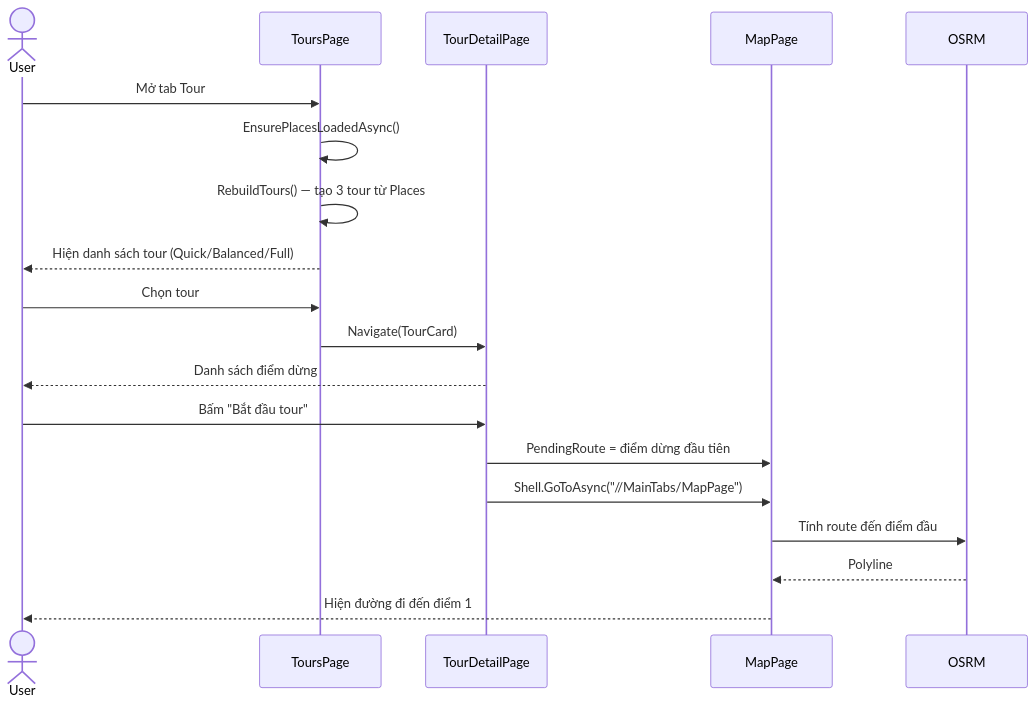
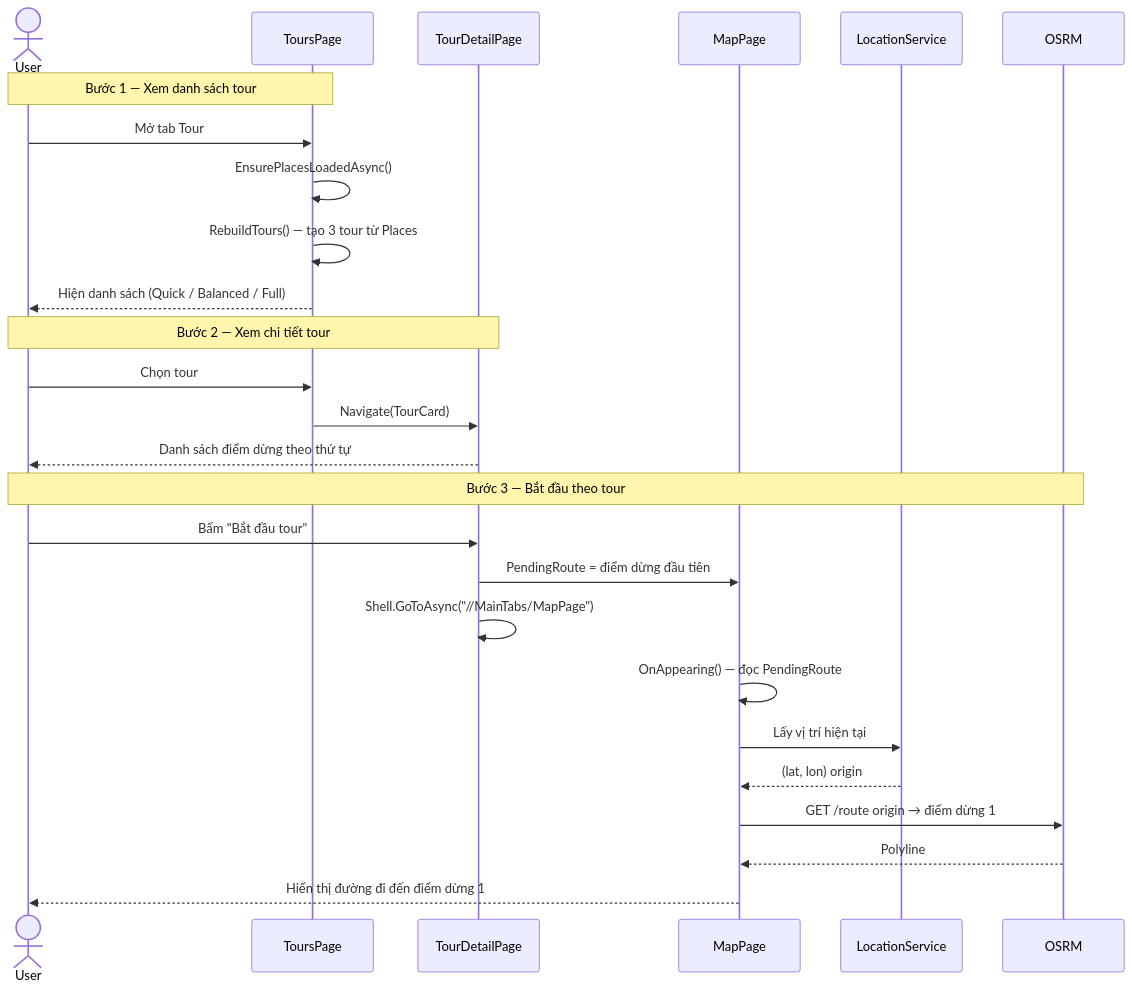
The tenth of 21 diagrams in PRD.md (MTai55/TourguideProjectApp), drawn with Mermaid before and after one commit. The commit also changed other lines of this file, not shown here.

Commit message:
diagrams

````diff
--- a/PRD.md
+++ b/PRD.md
@@ -1241,24 +1229,31 @@
 ```mermaid
 sequenceDiagram
     actor User
     participant ToursPage
     participant TourDetailPage
     participant MapPage
+    participant LocationService
     participant OSRM
 
+    Note over User,ToursPage: Bước 1 — Xem danh sách tour
     User->>ToursPage: Mở tab Tour
     ToursPage->>ToursPage: EnsurePlacesLoadedAsync()
     ToursPage->>ToursPage: RebuildTours() — tạo 3 tour từ Places
-    ToursPage-->>User: Hiện danh sách tour (Quick/Balanced/Full)
+    ToursPage-->>User: Hiện danh sách (Quick / Balanced / Full)
 
+    Note over User,TourDetailPage: Bước 2 — Xem chi tiết tour
     User->>ToursPage: Chọn tour
     ToursPage->>TourDetailPage: Navigate(TourCard)
-    TourDetailPage-->>User: Danh sách điểm dừng
+    TourDetailPage-->>User: Danh sách điểm dừng theo thứ tự
 
+    Note over User,OSRM: Bước 3 — Bắt đầu theo tour
     User->>TourDetailPage: Bấm "Bắt đầu tour"
     TourDetailPage->>MapPage: PendingRoute = điểm dừng đầu tiên
-    TourDetailPage->>MapPage: Shell.GoToAsync("//MainTabs/MapPage")
-    MapPage->>OSRM: Tính route đến điểm đầu
+    TourDetailPage->>TourDetailPage: Shell.GoToAsync("//MainTabs/MapPage")
+    MapPage->>MapPage: OnAppearing() — đọc PendingRoute
+    MapPage->>LocationService: Lấy vị trí hiện tại
+    LocationService-->>MapPage: (lat, lon) origin
+    MapPage->>OSRM: GET /route origin → điểm dừng 1
     OSRM-->>MapPage: Polyline
-    MapPage-->>User: Hiện đường đi đến điểm 1
+    MapPage-->>User: Hiển thị đường đi đến điểm dừng 1
 ```
````
